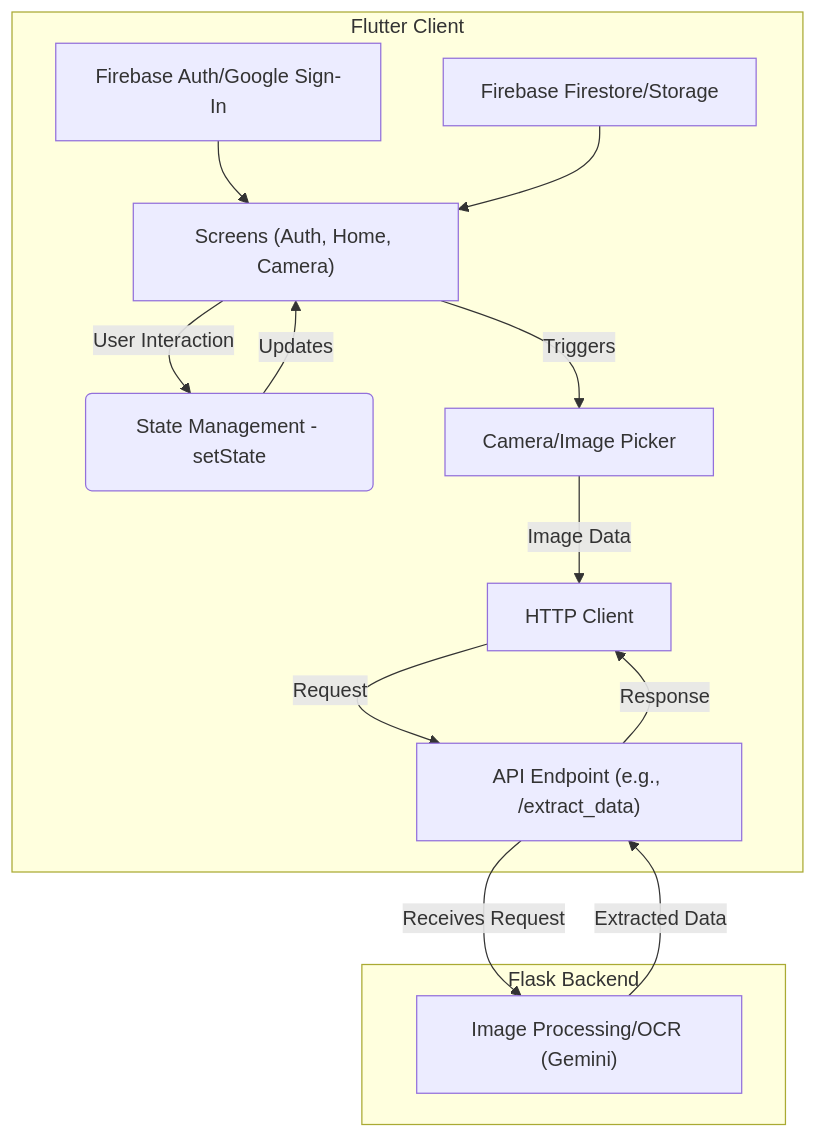
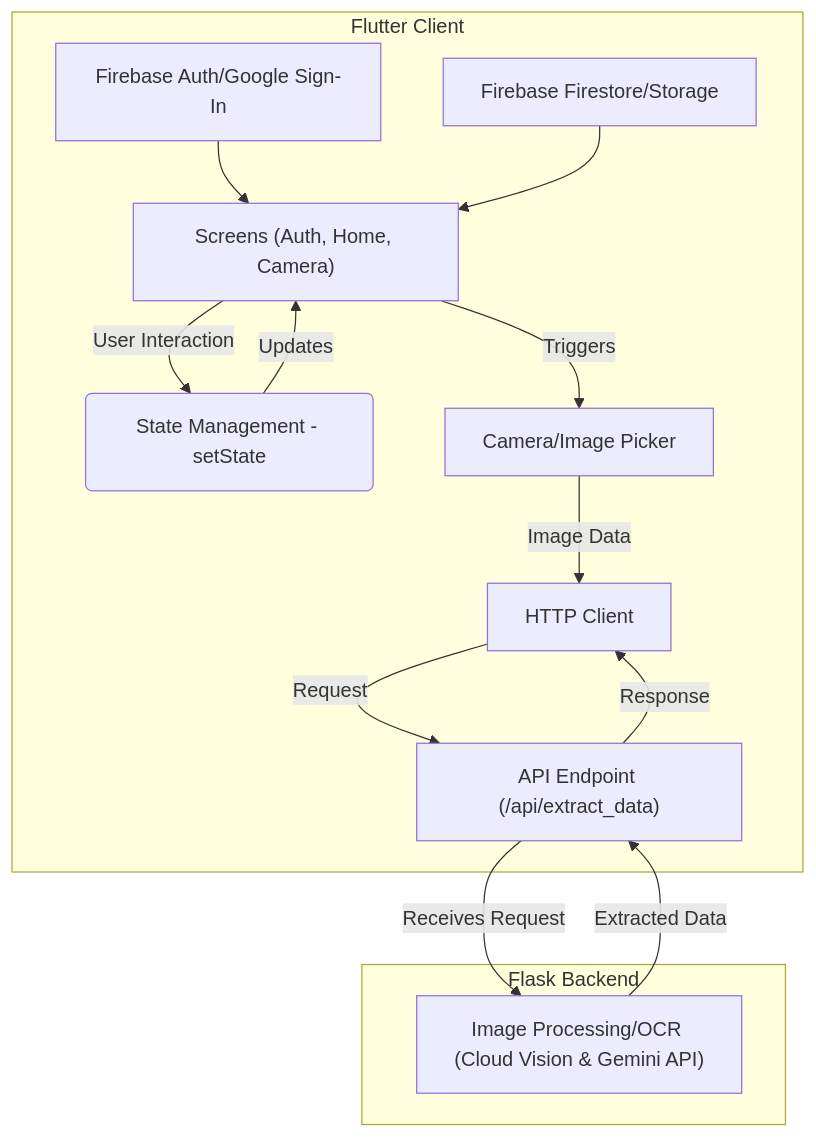
One commit to anthonycoffey/flutter-labelscan changed the diagram in memory-bank/systemPatterns.md. Above: the diagram before and after it, drawn with Mermaid. The commit also changed 2 other files, not shown here.

````diff
--- a/memory-bank/systemPatterns.md
+++ b/memory-bank/systemPatterns.md
@@ -10,19 +10,19 @@
 ```mermaid
 graph TD
     subgraph Flutter Client
         UI["Screens (Auth, Home, Camera)"] -- User Interaction --> SM(State Management - setState);
         UI -- Triggers --> Cam[Camera/Image Picker];
         SM -- Updates --> UI;
         Cam -- Image Data --> API_Client[HTTP Client];
         API_Client -- Request --> BE;
         Auth[Firebase Auth/Google Sign-In] --> UI;
         Store[Firebase Firestore/Storage] --> UI;
     end
 
     subgraph Flask Backend
-        BE["API Endpoint (e.g., /extract_data)"] -- Receives Request --> OCR["Image Processing/OCR (Gemini)"];
+        BE["API Endpoint (/api/extract_data)"] -- Receives Request --> OCR["Image Processing/OCR (Cloud Vision & Gemini API)"];
         OCR -- Extracted Data --> BE;
     end
 
     BE -- Response --> API_Client;
 ```
````
